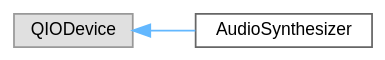
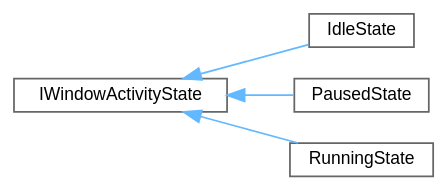
The diagram in inherit_graph_18.dot (wwerniss/algorithms-benchmark), drawn with Graphviz before and after one commit. The commit also changed 265 other files, not shown here.

```diff
--- a/inherit_graph_18.dot
+++ b/inherit_graph_18.dot
@@ -1,11 +1,15 @@
 digraph "Graphical Class Hierarchy"
 {
  // LATEX_PDF_SIZE
   bgcolor="transparent";
   edge [fontname=Helvetica,fontsize=10,labelfontname=Helvetica,labelfontsize=10];
   node [fontname=Helvetica,fontsize=10,shape=box,height=0.2,width=0.4];
   rankdir="LR";
-  Node0 [id="Node000000",label="QIODevice",height=0.2,width=0.4,color="grey60", fillcolor="#E0E0E0", style="filled",tooltip=" "];
+  Node0 [id="Node000000",label="IWindowActivityState",height=0.2,width=0.4,color="grey40", fillcolor="white", style="filled",URL="$classIWindowActivityState.html",tooltip="Interface for the State design pattern applied to SortingWindow."];
   Node0 -> Node1 [id="edge25_Node000000_Node000001",dir="back",color="steelblue1",style="solid",tooltip=" "];
-  Node1 [id="Node000001",label="AudioSynthesizer",height=0.2,width=0.4,color="grey40", fillcolor="white", style="filled",URL="$classAudioSynthesizer.html",tooltip=" "];
+  Node1 [id="Node000001",label="IdleState",height=0.2,width=0.4,color="grey40", fillcolor="white", style="filled",URL="$classIdleState.html",tooltip="Represents the base state where no algorithm is actively running or paused."];
+  Node0 -> Node2 [id="edge26_Node000000_Node000002",dir="back",color="steelblue1",style="solid",tooltip=" "];
+  Node2 [id="Node000002",label="PausedState",height=0.2,width=0.4,color="grey40", fillcolor="white", style="filled",URL="$classPausedState.html",tooltip="Represents the state where the algorithm has paused mid-execution."];
+  Node0 -> Node3 [id="edge27_Node000000_Node000003",dir="back",color="steelblue1",style="solid",tooltip=" "];
+  Node3 [id="Node000003",label="RunningState",height=0.2,width=0.4,color="grey40", fillcolor="white", style="filled",URL="$classRunningState.html",tooltip="Represents the state where the sorting animation is actively playing."];
 }
```
